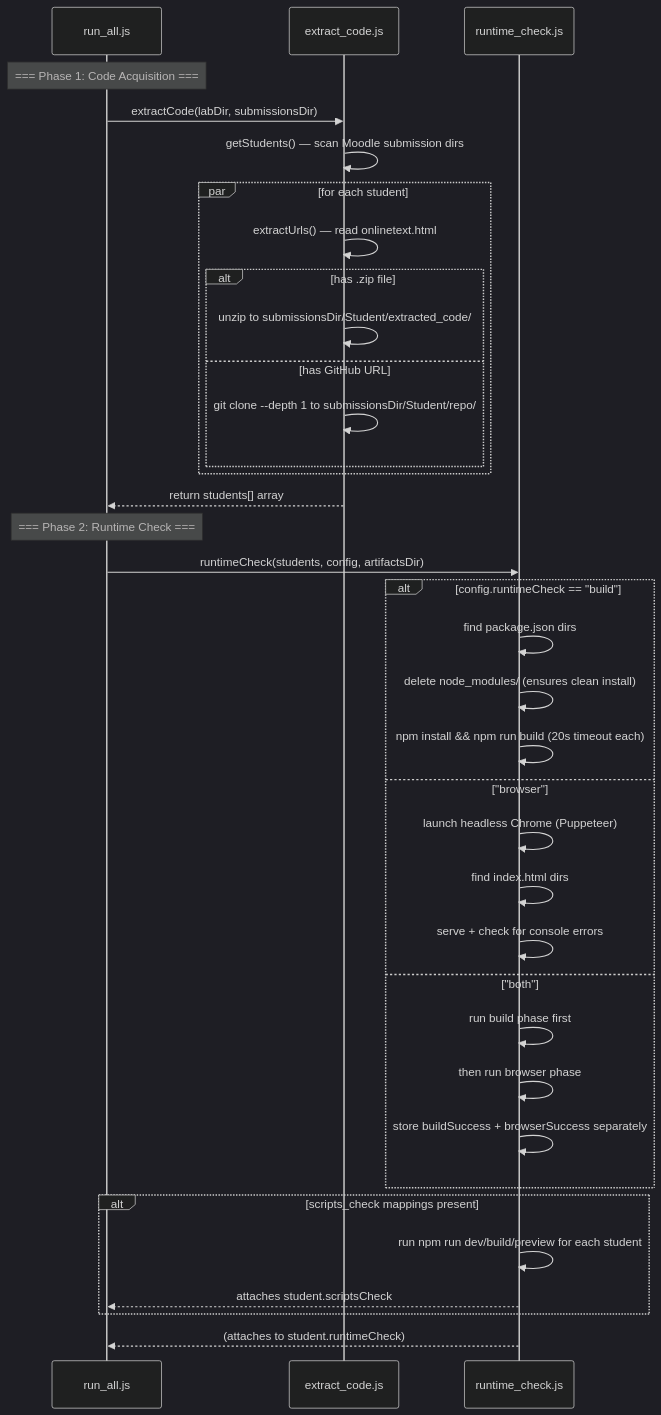
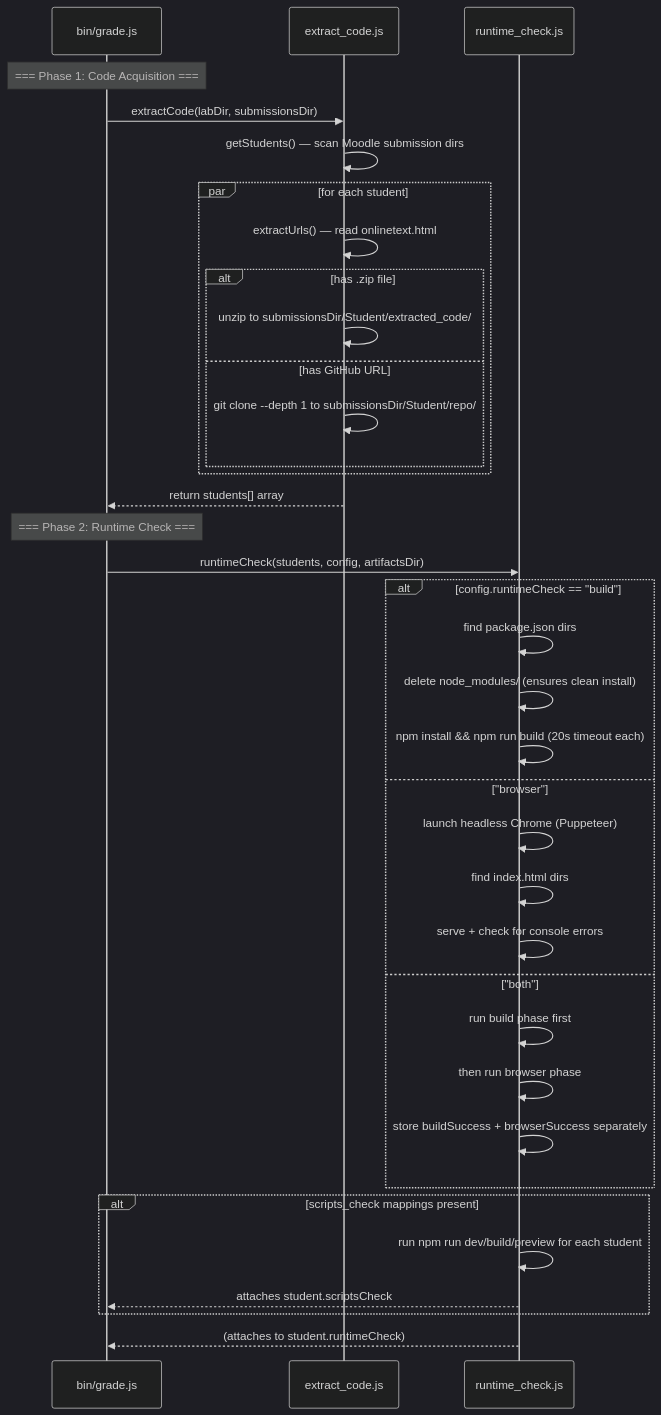
Before and after one commit to ProfBird/CS233JS-AI_Grading: the third of 5 diagrams in DEVELOPER_GUIDE.md, drawn with Mermaid (dark theme). The commit also changed other lines of this file and 1 other file, not shown here.

````diff
--- a/DEVELOPER_GUIDE.md
+++ b/DEVELOPER_GUIDE.md
@@ -157,40 +157,40 @@
 ```mermaid
 sequenceDiagram
-    participant run_all as run_all.js
+    participant run_all as bin/grade.js
     participant extract as extract_code.js
     participant runtime as runtime_check.js
 
     Note over run_all: === Phase 1: Code Acquisition ===
     run_all->>extract: extractCode(labDir, submissionsDir)
     extract->>extract: getStudents() — scan Moodle submission dirs
     par for each student
         extract->>extract: extractUrls() — read onlinetext.html
         alt has .zip file
             extract->>extract: unzip to submissionsDir/Student/extracted_code/
         else has GitHub URL
             extract->>extract: git clone --depth 1 to submissionsDir/Student/repo/
         end
     end
     extract-->>run_all: return students[] array
 
     Note over run_all: === Phase 2: Runtime Check ===
     run_all->>runtime: runtimeCheck(students, config, artifactsDir)
     alt config.runtimeCheck == "build"
         runtime->>runtime: find package.json dirs
         runtime->>runtime: delete node_modules/ (ensures clean install)
         runtime->>runtime: npm install && npm run build (20s timeout each)
     else "browser"
         runtime->>runtime: launch headless Chrome (Puppeteer)
         runtime->>runtime: find index.html dirs
         runtime->>runtime: serve + check for console errors
     else "both"
         runtime->>runtime: run build phase first
         runtime->>runtime: then run browser phase
         runtime->>runtime: store buildSuccess + browserSuccess separately
     end
     alt scripts_check mappings present
         runtime->>runtime: run npm run dev/build/preview for each student
         runtime-->>run_all: attaches student.scriptsCheck
     end
     runtime-->>run_all: (attaches to student.runtimeCheck)
 ```
````
